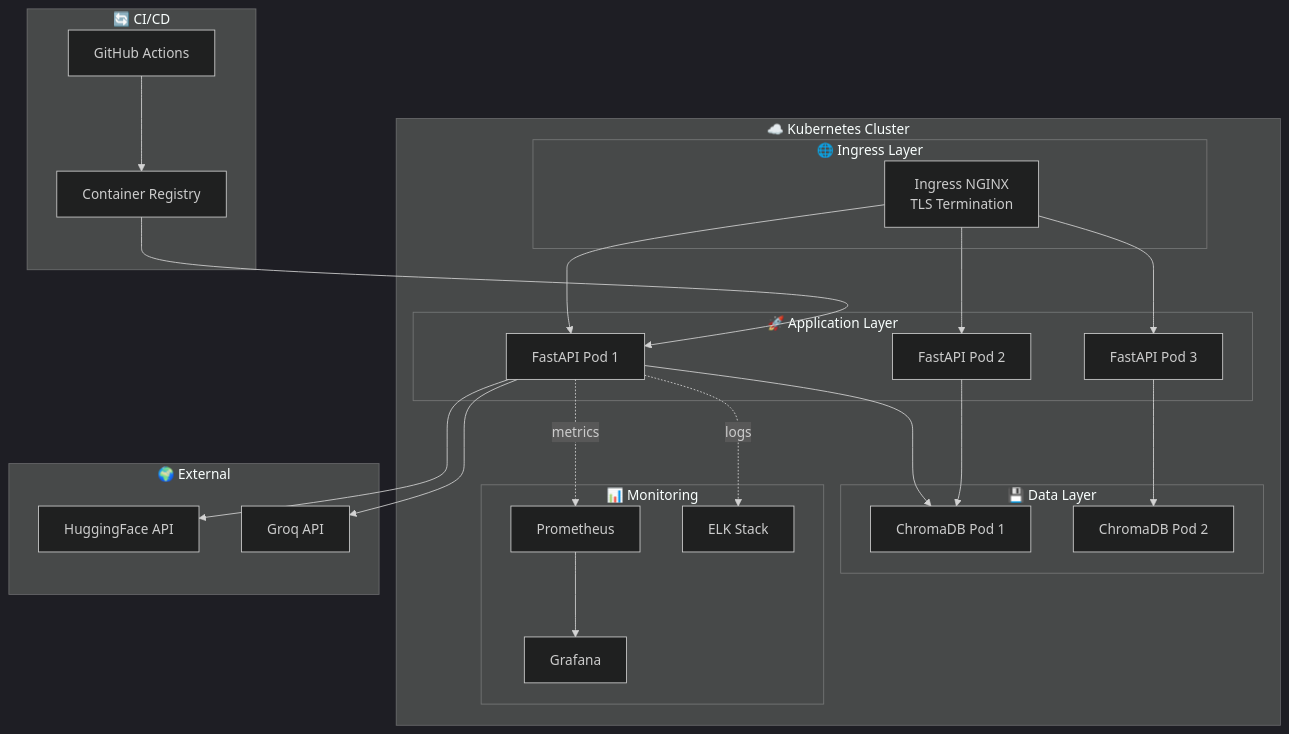
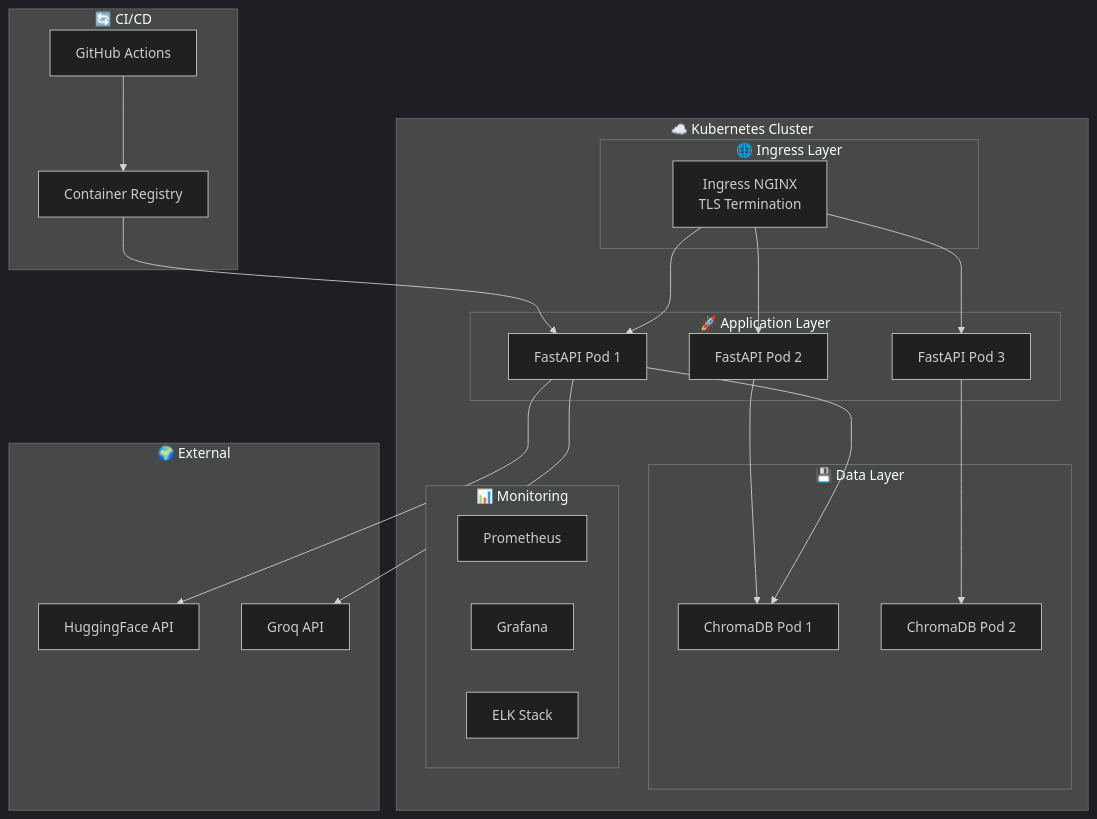
One commit to khadija199904/Smartops-RAG-IT-Support changed the diagram in README.md. Above: the diagram before and after it, drawn with Mermaid (dark theme). The commit also changed other lines of this file and 1 other file, not shown here.

````diff
--- a/README.md
+++ b/README.md
@@ -64,53 +64,51 @@
 ```mermaid
 graph TB
     subgraph "☁️ Kubernetes Cluster"
         subgraph "🌐 Ingress Layer"
             INGRESS[Ingress NGINX<br/>TLS Termination]
         end
         
         subgraph "🚀 Application Layer"
             API1[FastAPI Pod 1]
             API2[FastAPI Pod 2]
             API3[FastAPI Pod 3]
         end
         
         subgraph "💾 Data Layer"
             CHROMA1[ChromaDB Pod 1]
             CHROMA2[ChromaDB Pod 2]
         end
         
         subgraph "📊 Monitoring"
             PROMETHEUS[Prometheus]
             GRAFANA[Grafana]
             ELK[ELK Stack]
         end
     end
     
     subgraph "🔄 CI/CD"
         GH[GitHub Actions]
         REGISTRY[Container Registry]
     end
     
     subgraph "🌍 External"
         HF[HuggingFace API]
         GROQ[Groq API]
     end
     
     INGRESS --> API1
     INGRESS --> API2
     INGRESS --> API3
     
     API1 --> CHROMA1
     API2 --> CHROMA1
     API3 --> CHROMA2
     
     API1 --> HF
     API1 --> GROQ
     
     GH --> REGISTRY
     REGISTRY --> API1
     
-    API1 -.metrics.-> PROMETHEUS
-    PROMETHEUS --> GRAFANA
-    API1 -.logs.-> ELK
+    
 ```
````
